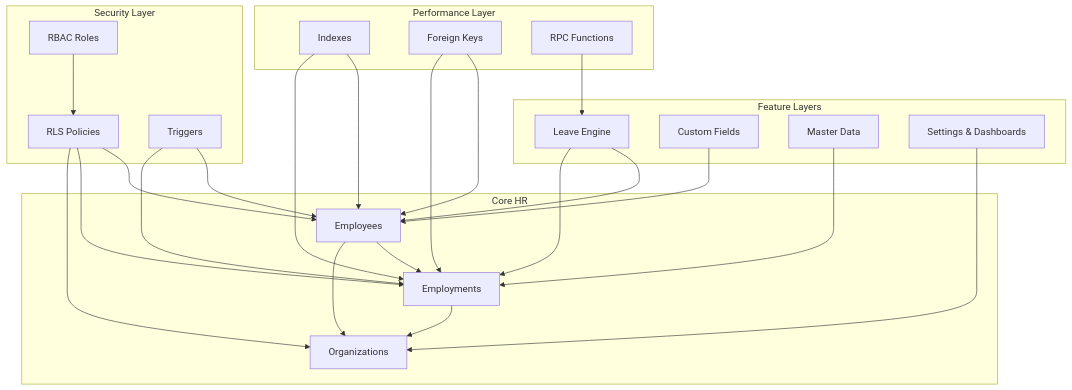
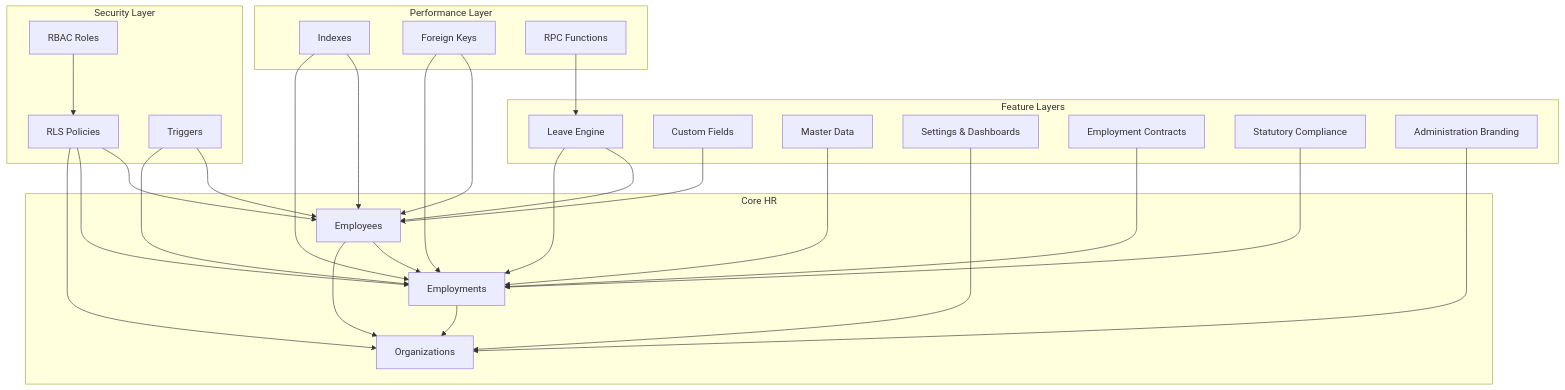
One commit to EdwinCycling/LiquidHR changed the second of 9 diagrams in .qoder/repowiki/en/content/Technical Implementation/Database Design/Database Design.md. Above: the diagram before and after it, drawn with Mermaid. The commit also changed other lines of this file and 73 other files, not shown here.

````diff
--- a/.qoder/repowiki/en/content/Technical Implementation/Database Design/Database Design.md
+++ b/.qoder/repowiki/en/content/Technical Implementation/Database Design/Database Design.md
@@ -168,43 +200,49 @@
 ```mermaid
 graph TB
 subgraph "Core HR"
 EMP["Employees"]
 EMPLOY["Employments"]
 ORG["Organizations"]
 end
 subgraph "Feature Layers"
 LEAVE["Leave Engine"]
 CF["Custom Fields"]
 MASTER["Master Data"]
 SETTINGS["Settings & Dashboards"]
+CONTRACTS["Employment Contracts"]
+COMPLIANCE["Statutory Compliance"]
+BRANDING["Administration Branding"]
 end
 subgraph "Security Layer"
 RLS["RLS Policies"]
 RBAC["RBAC Roles"]
 TRIG["Triggers"]
 end
 subgraph "Performance Layer"
 IDX["Indexes"]
 FK["Foreign Keys"]
 RPC["RPC Functions"]
 end
 EMP --> EMPLOY
 EMP --> ORG
 EMPLOY --> ORG
 LEAVE --> EMP
 LEAVE --> EMPLOY
 CF --> EMP
 MASTER --> EMPLOY
 SETTINGS --> ORG
+CONTRACTS --> EMPLOY
+COMPLIANCE --> EMPLOY
+BRANDING --> ORG
 RLS --> EMP
 RLS --> EMPLOY
 RLS --> ORG
 RBAC --> RLS
 TRIG --> EMP
 TRIG --> EMPLOY
 IDX --> EMP
 IDX --> EMPLOY
 FK --> EMP
 FK --> EMPLOY
 RPC --> LEAVE
 ```
````
